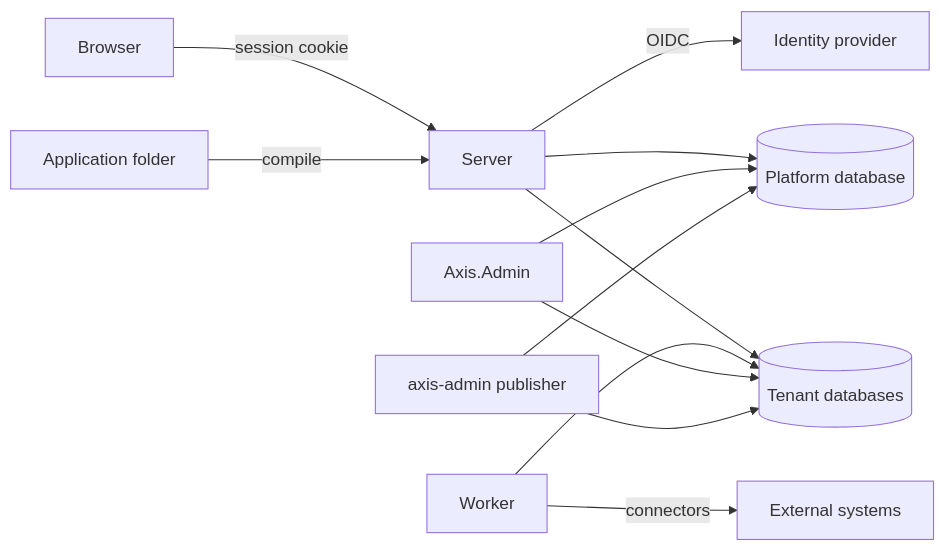
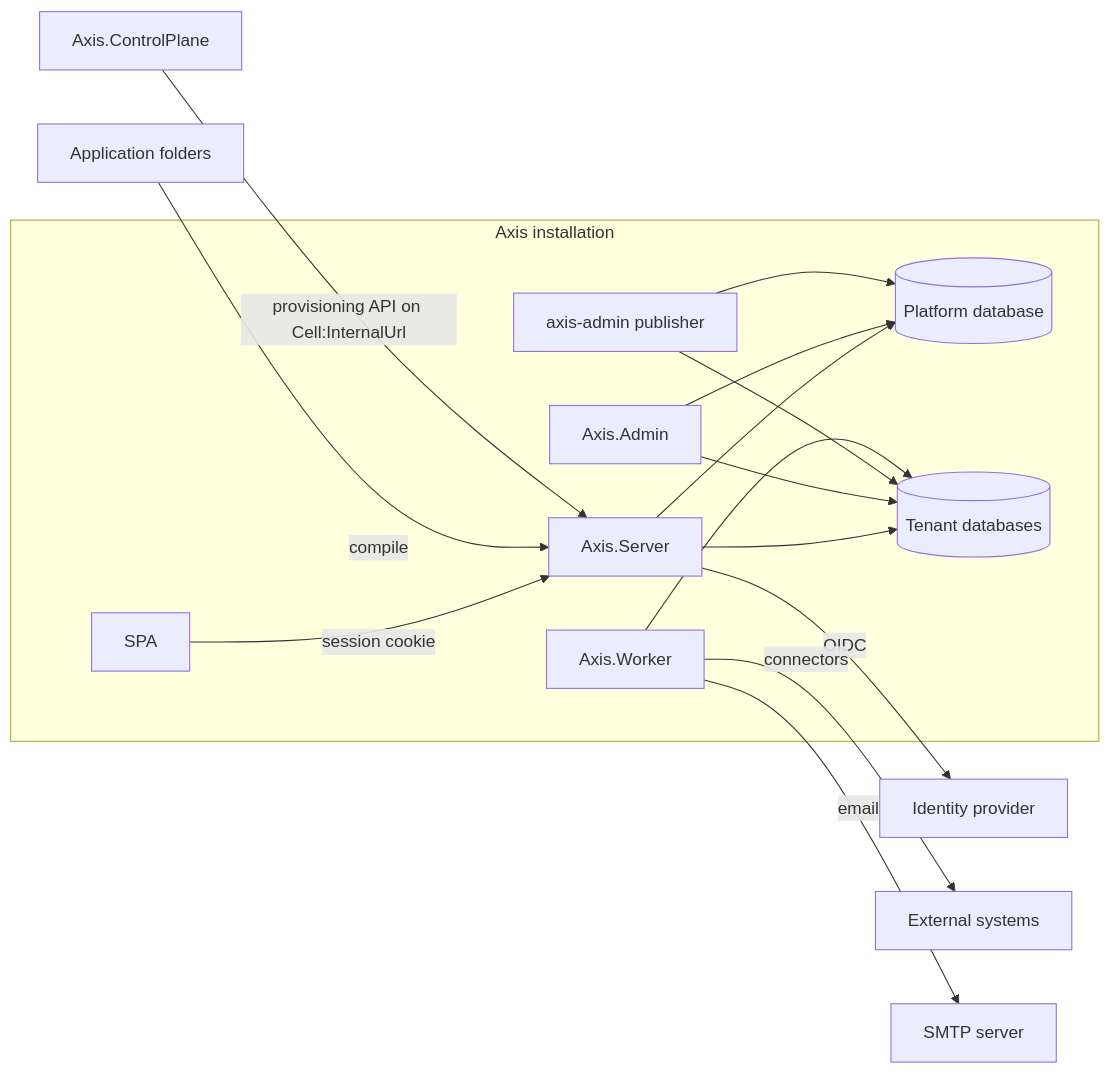
The second of 2 diagrams in docs/architecture.md (phuongnse/axis), drawn with Mermaid before and after one commit. The commit also changed other lines of this file and 9 other files, not shown here.

First line of the commit message:
architecture.md follows arc42, with C4 context and container diagrams (#3175)

````diff
--- a/docs/architecture.md
+++ b/docs/architecture.md
@@ -14,14 +27,31 @@
 ```mermaid
 flowchart LR
-    Browser -->|session cookie| Server
-    Files[Application folder] -->|compile| Server
-    Server -->|OIDC| IdP[Identity provider]
-    Server --> SysDb[(Platform database)]
-    Server --> TenantDb[(Tenant databases)]
+    subgraph installation[Axis installation]
+        SPA[SPA]
+        Server[Axis.Server]
+        Worker[Axis.Worker]
+        Admin[Axis.Admin]
+        Publisher[axis-admin publisher]
+        SysDb[(Platform database)]
+        TenantDb[(Tenant databases)]
+    end
+    ControlPlane[Axis.ControlPlane]
+    Apps[Application folders]
+    IdP[Identity provider]
+    External[External systems]
+    Smtp[SMTP server]
+
+    SPA -->|session cookie| Server
+    Apps -->|compile| Server
+    Server -->|OIDC| IdP
+    Server --> SysDb
+    Server --> TenantDb
+    Admin --> SysDb
+    Admin --> TenantDb
+    Publisher --> SysDb
+    Publisher --> TenantDb
     Worker --> TenantDb
-    Worker -->|connectors| External[External systems]
-    Admin[Axis.Admin] --> SysDb
-    Admin --> TenantDb
-    Publisher[axis-admin publisher] --> SysDb
-    Publisher --> TenantDb
+    Worker -->|connectors| External
+    Worker -->|email| Smtp
+    ControlPlane -->|provisioning API on Cell:InternalUrl| Server
 ```
````
